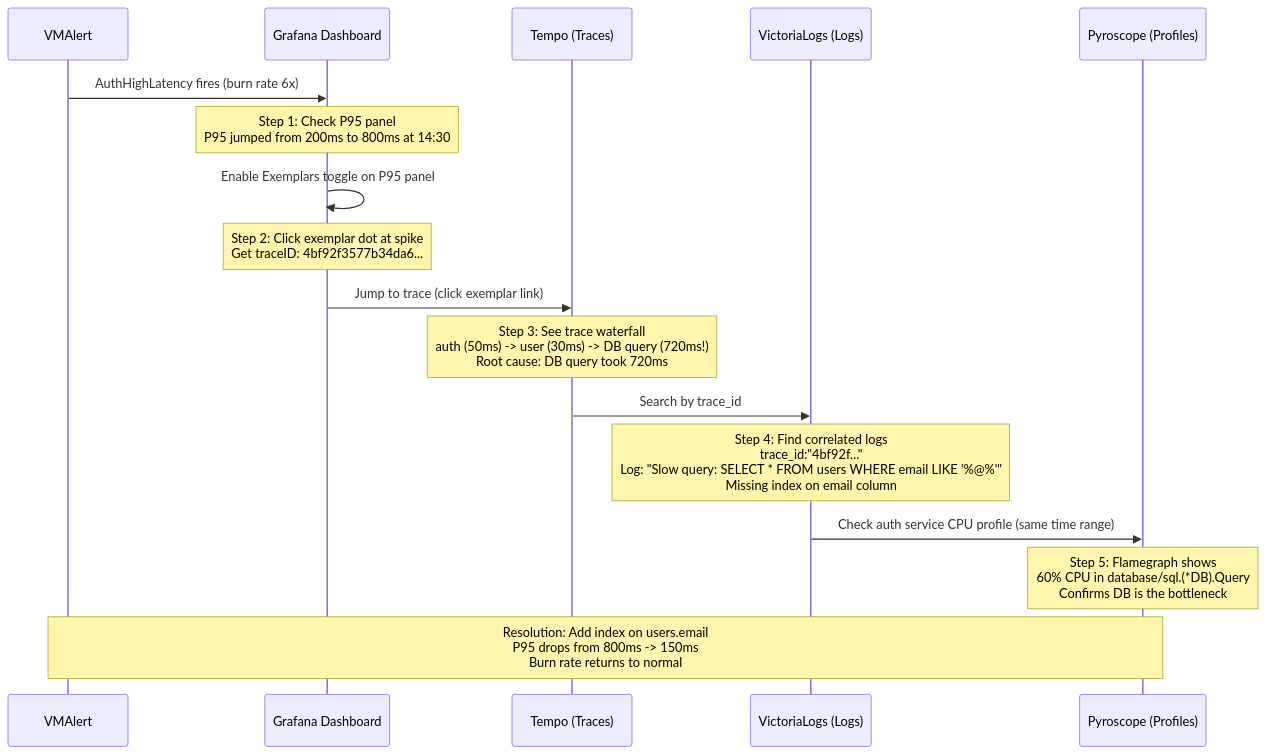
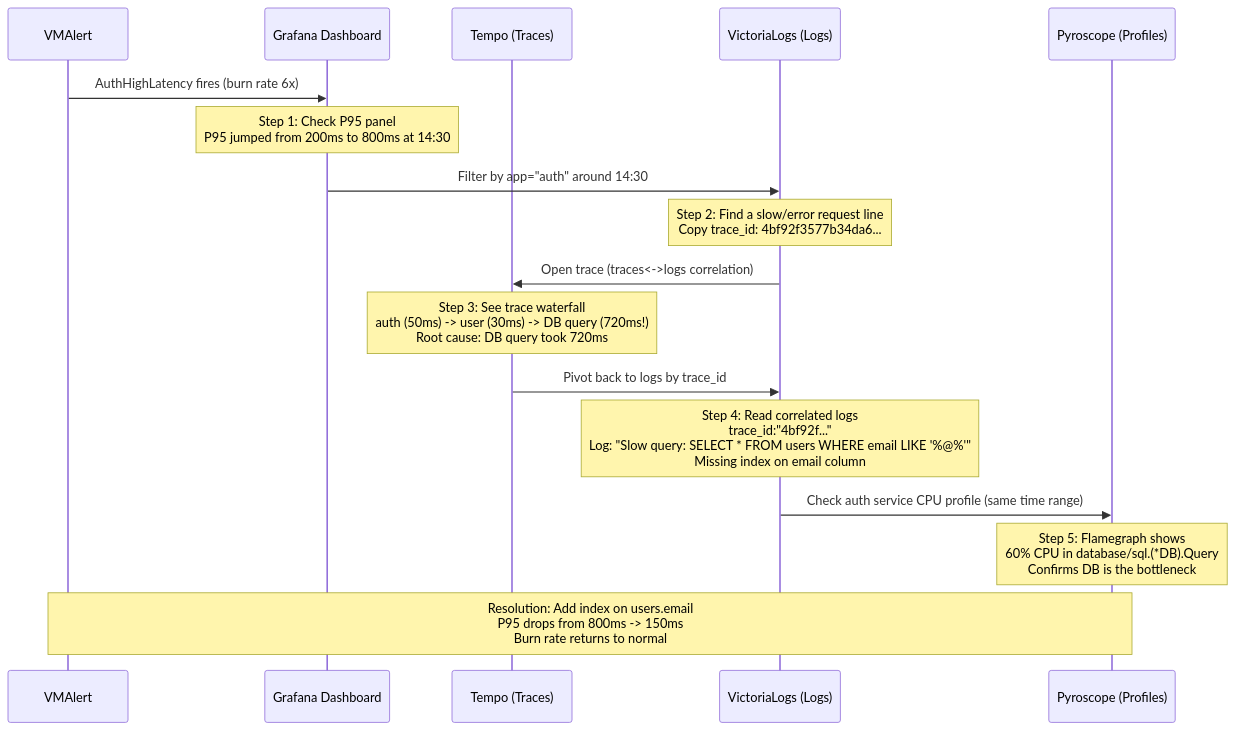
Before and after one commit to duynhlab/homelab: the seventh of 7 diagrams in docs/observability/runbooks/observability-deep-dive.md, drawn with Mermaid. The commit also changed other lines of this file and 24 other files, not shown here.

````diff
--- a/docs/observability/runbooks/observability-deep-dive.md
+++ b/docs/observability/runbooks/observability-deep-dive.md
@@ -432,25 +428,25 @@
 ```mermaid
 sequenceDiagram
     participant Alert as VMAlert
     participant Dash as Grafana Dashboard
     participant Tempo as Tempo (Traces)
     participant VLogs as VictoriaLogs (Logs)
     participant Pyro as Pyroscope (Profiles)
 
     Alert->>Dash: AuthHighLatency fires (burn rate 6x)
     Note over Dash: Step 1: Check P95 panel<br/>P95 jumped from 200ms to 800ms at 14:30
 
-    Dash->>Dash: Enable Exemplars toggle on P95 panel
-    Note over Dash: Step 2: Click exemplar dot at spike<br/>Get traceID: 4bf92f3577b34da6...
+    Dash->>VLogs: Filter by app="auth" around 14:30
+    Note over VLogs: Step 2: Find a slow/error request line<br/>Copy trace_id: 4bf92f3577b34da6...
 
-    Dash->>Tempo: Jump to trace (click exemplar link)
+    VLogs->>Tempo: Open trace (traces<->logs correlation)
     Note over Tempo: Step 3: See trace waterfall<br/>auth (50ms) -> user (30ms) -> DB query (720ms!)<br/>Root cause: DB query took 720ms
 
-    Tempo->>VLogs: Search by trace_id
-    Note over VLogs: Step 4: Find correlated logs<br/>trace_id:"4bf92f..."<br/>Log: "Slow query: SELECT * FROM users WHERE email LIKE '%@%'"<br/>Missing index on email column
+    Tempo->>VLogs: Pivot back to logs by trace_id
+    Note over VLogs: Step 4: Read correlated logs<br/>trace_id:"4bf92f..."<br/>Log: "Slow query: SELECT * FROM users WHERE email LIKE '%@%'"<br/>Missing index on email column
 
     VLogs->>Pyro: Check auth service CPU profile (same time range)
     Note over Pyro: Step 5: Flamegraph shows<br/>60% CPU in database/sql.(*DB).Query<br/>Confirms DB is the bottleneck
 
     Note over Alert,Pyro: Resolution: Add index on users.email<br/>P95 drops from 800ms -> 150ms<br/>Burn rate returns to normal
 ```
````
